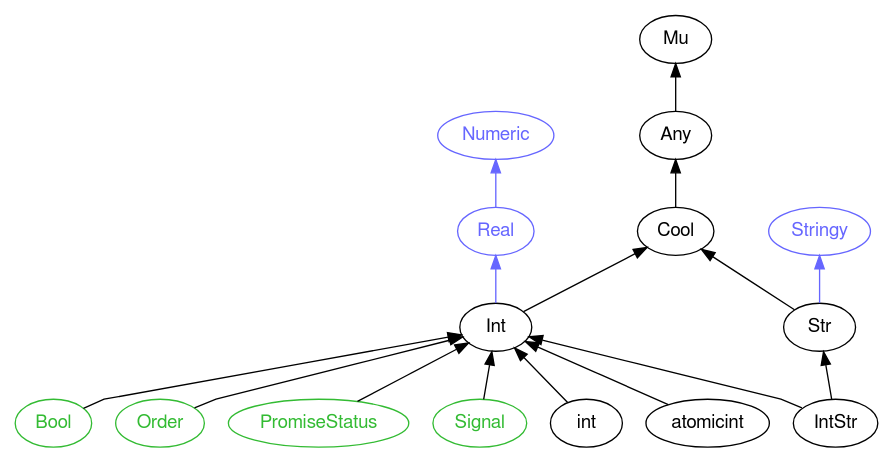
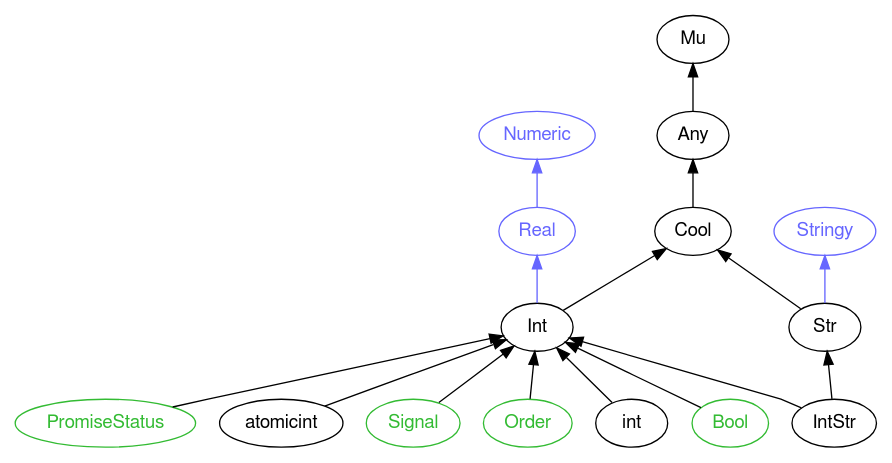
Before and after one commit to perl6docs/perl6docs.github.io: the diagram in images/type-graph-Int.svg.dot, drawn with Graphviz. The commit also changed other lines of this file and 4402 other files, not shown here.

```diff
--- a/images/type-graph-Int.svg.dot
+++ b/images/type-graph-Int.svg.dot
@@ -1,40 +1,40 @@
 digraph "perl6-type-graph" {
     rankdir=BT;
     splines=polyline;
     overlap=false; 
     // Types
     "Int" [color="#000000", fontcolor="#000000", href="/type/Int", fontname="FreeSans"];
     "Mu" [color="#000000", fontcolor="#000000", href="/type/Mu", fontname="FreeSans"];
     "Any" [color="#000000", fontcolor="#000000", href="/type/Any", fontname="FreeSans"];
     "Cool" [color="#000000", fontcolor="#000000", href="/type/Cool", fontname="FreeSans"];
     "Numeric" [color="#6666FF", fontcolor="#6666FF", href="/type/Numeric", fontname="FreeSans"];
     "Real" [color="#6666FF", fontcolor="#6666FF", href="/type/Real", fontname="FreeSans"];
-    "Bool" [color="#33BB33", fontcolor="#33BB33", href="/type/Bool", fontname="FreeSans"];
-    "Order" [color="#33BB33", fontcolor="#33BB33", href="/type/Order", fontname="FreeSans"];
     "PromiseStatus" [color="#33BB33", fontcolor="#33BB33", href="/type/PromiseStatus", fontname="FreeSans"];
-    "Signal" [color="#33BB33", fontcolor="#33BB33", href="/type/Signal", fontname="FreeSans"];
-    "int" [color="#000000", fontcolor="#000000", href="/type/int", fontname="FreeSans"];
     "Stringy" [color="#6666FF", fontcolor="#6666FF", href="/type/Stringy", fontname="FreeSans"];
     "Str" [color="#000000", fontcolor="#000000", href="/type/Str", fontname="FreeSans"];
     "IntStr" [color="#000000", fontcolor="#000000", href="/type/IntStr", fontname="FreeSans"];
     "atomicint" [color="#000000", fontcolor="#000000", href="/type/atomicint", fontname="FreeSans"];
+    "Signal" [color="#33BB33", fontcolor="#33BB33", href="/type/Signal", fontname="FreeSans"];
+    "Order" [color="#33BB33", fontcolor="#33BB33", href="/type/Order", fontname="FreeSans"];
+    "int" [color="#000000", fontcolor="#000000", href="/type/int", fontname="FreeSans"];
+    "Bool" [color="#33BB33", fontcolor="#33BB33", href="/type/Bool", fontname="FreeSans"];
 
     // Superclasses
     "Int" -> "Cool" [color="#000000"];
     "Any" -> "Mu" [color="#000000"];
     "Cool" -> "Any" [color="#000000"];
-    "Bool" -> "Int" [color="#000000"];
-    "Order" -> "Int" [color="#000000"];
     "PromiseStatus" -> "Int" [color="#000000"];
-    "Signal" -> "Int" [color="#000000"];
-    "int" -> "Int" [color="#000000"];
     "Str" -> "Cool" [color="#000000"];
     "IntStr" -> "Int" [color="#000000"];
     "IntStr" -> "Str" [color="#000000"];
     "atomicint" -> "Int" [color="#000000"];
+    "Signal" -> "Int" [color="#000000"];
+    "Order" -> "Int" [color="#000000"];
+    "int" -> "Int" [color="#000000"];
+    "Bool" -> "Int" [color="#000000"];
 
     // Roles
     "Int" -> "Real" [color="#6666FF"];
     "Real" -> "Numeric" [color="#6666FF"];
     "Str" -> "Stringy" [color="#6666FF"];
 }
```
